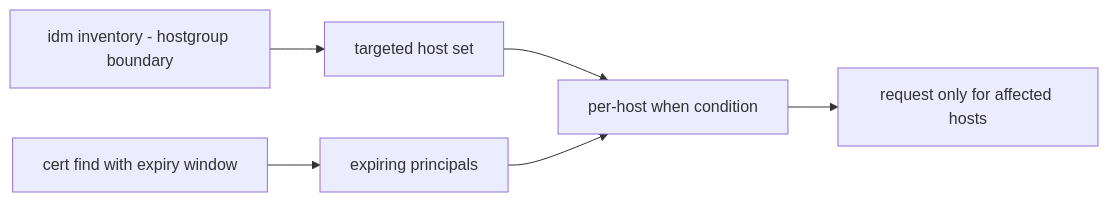
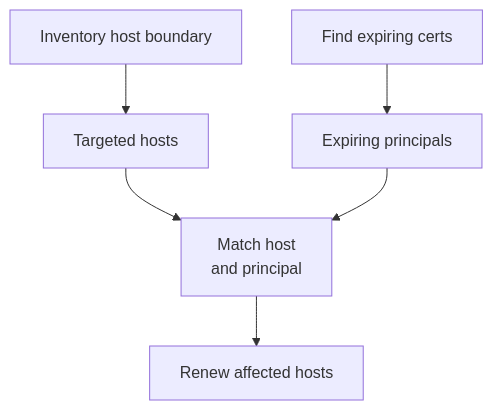
One commit to gprocunier/eigenstate-ipa changed the eighth of 12 diagrams in docs/cert-use-cases.md. Above: the diagram before and after it, drawn with Mermaid. The commit also changed other lines of this file and 12 other files, not shown here.

Commit message:
Clean up Mermaid diagrams across docs

````diff
--- a/docs/cert-use-cases.md
+++ b/docs/cert-use-cases.md
@@ -406,8 +417,8 @@
 ```mermaid
-flowchart LR
-    A["idm inventory - hostgroup boundary"] --> B["targeted host set"]
-    C["cert find with expiry window"] --> D["expiring principals"]
-    B --> E["per-host when condition"]
-    D --> E
-    E --> F["request only for affected hosts"]
+flowchart TD
+    inventory["Inventory host boundary"] --> hosts["Targeted hosts"]
+    expiring["Find expiring certs"] --> principals["Expiring principals"]
+    hosts --> match["Match host\nand principal"]
+    principals --> match
+    match --> renew["Renew affected hosts"]
 ```
````
